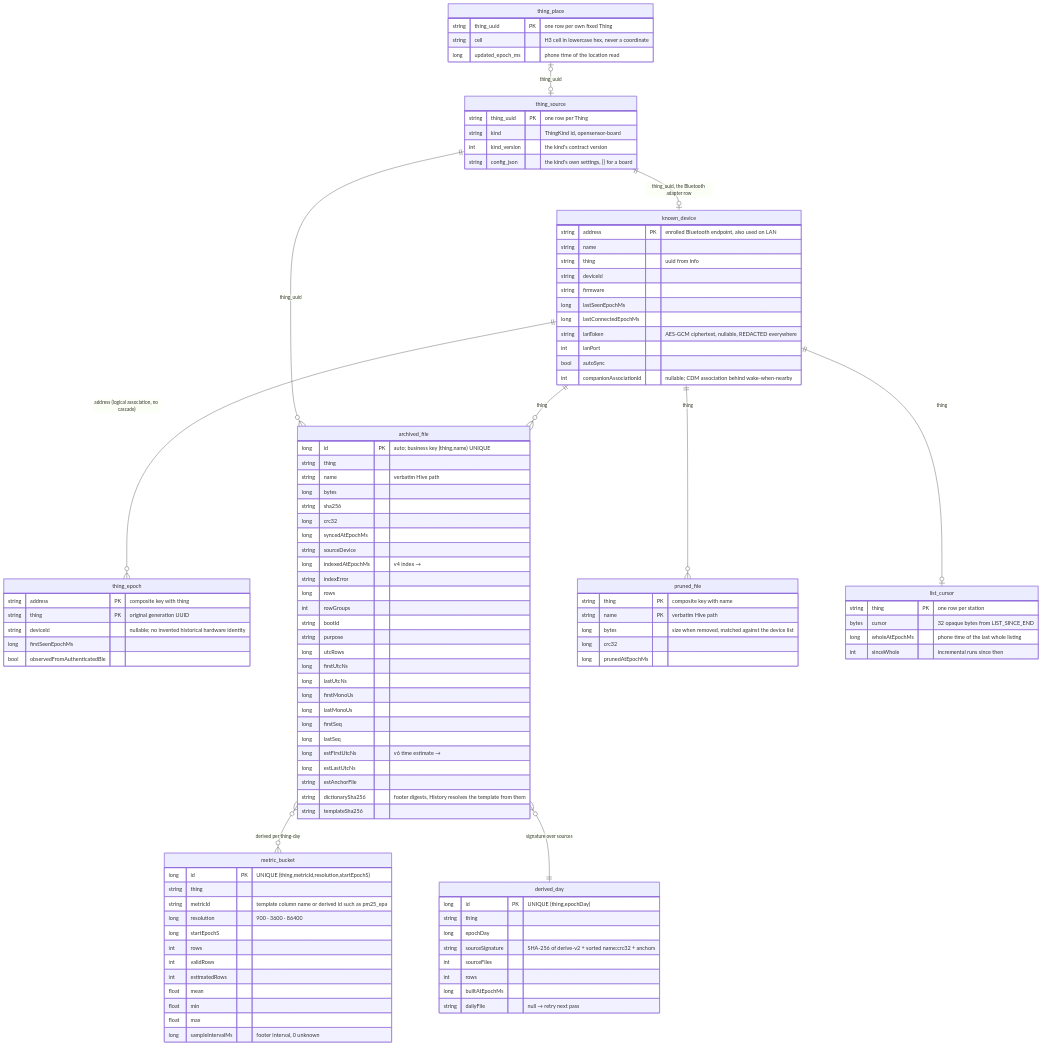
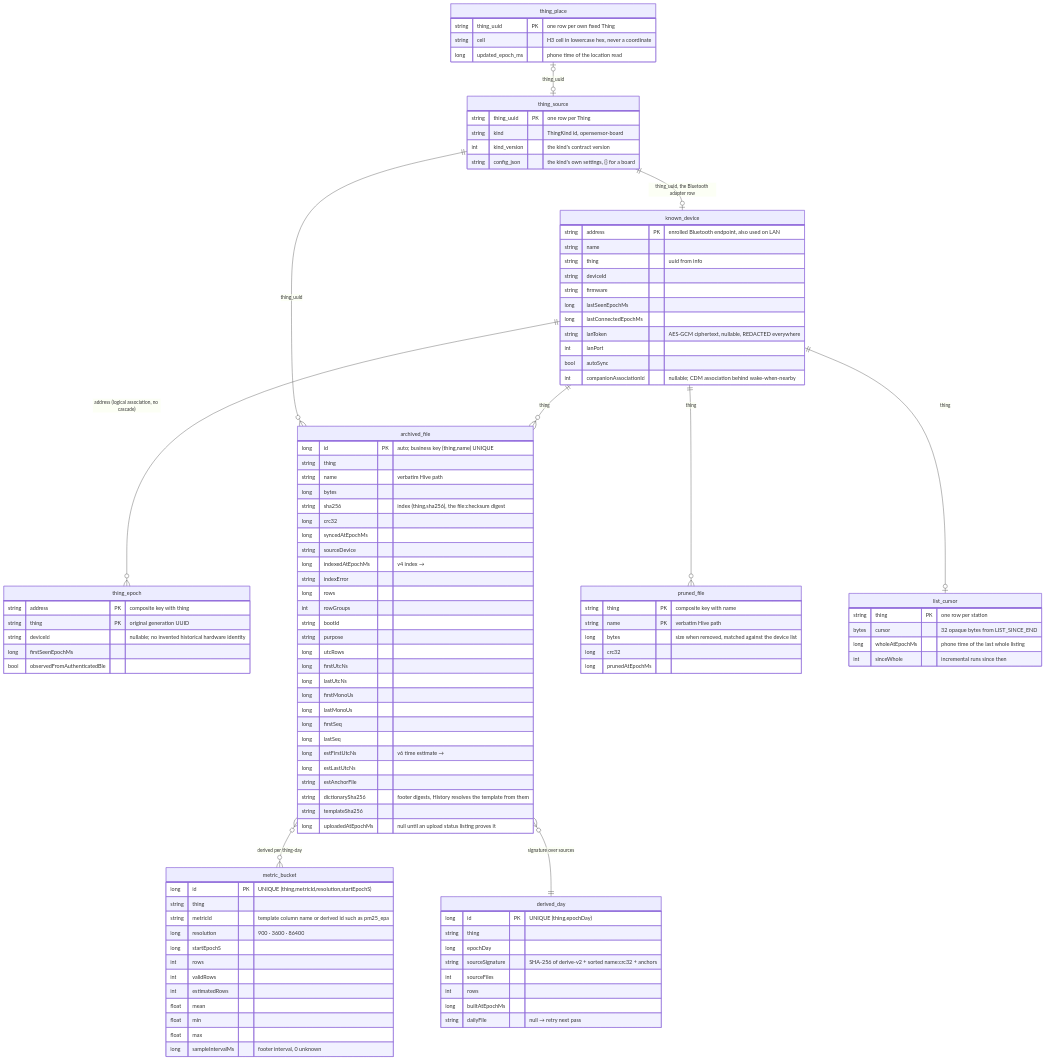
One commit to walkthru-earth/opensensor-space-mobile changed the first of 2 diagrams in docs/data-model.md. Above: the diagram before and after it, drawn with Mermaid. The commit also changed other lines of this file and 28 other files, not shown here.

```diff
--- a/docs/data-model.md
+++ b/docs/data-model.md
@@ -54,7 +54,7 @@
     string thing
     string name "verbatim Hive path"
     long bytes
-    string sha256
+    string sha256 "index (thing,sha256), the file:checksum digest"
     long crc32
     long syncedAtEpochMs
     string sourceDevice
@@ -76,6 +76,7 @@
     string estAnchorFile
     string dictionarySha256 "footer digests, History resolves the template from them"
     string templateSha256
+    long uploadedAtEpochMs "null until an upload status listing proves it"
   }
   metric_bucket {
     long id PK "UNIQUE (thing,metricId,resolution,startEpochS)"
```
